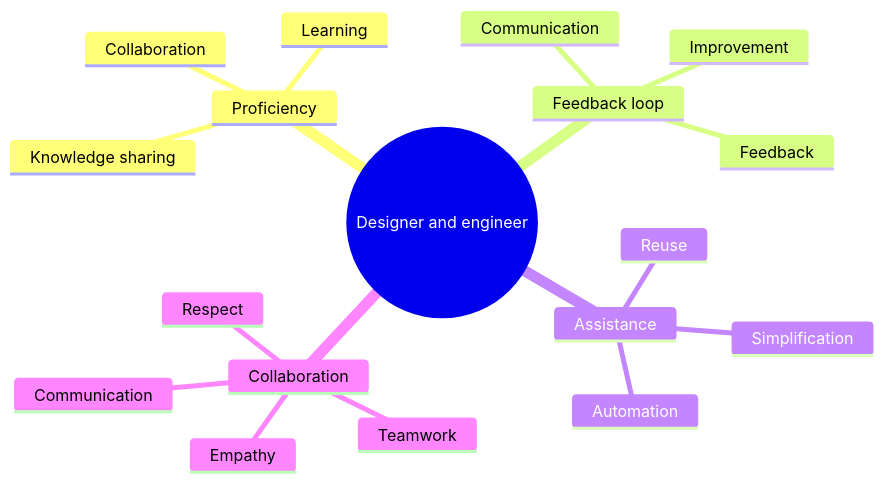
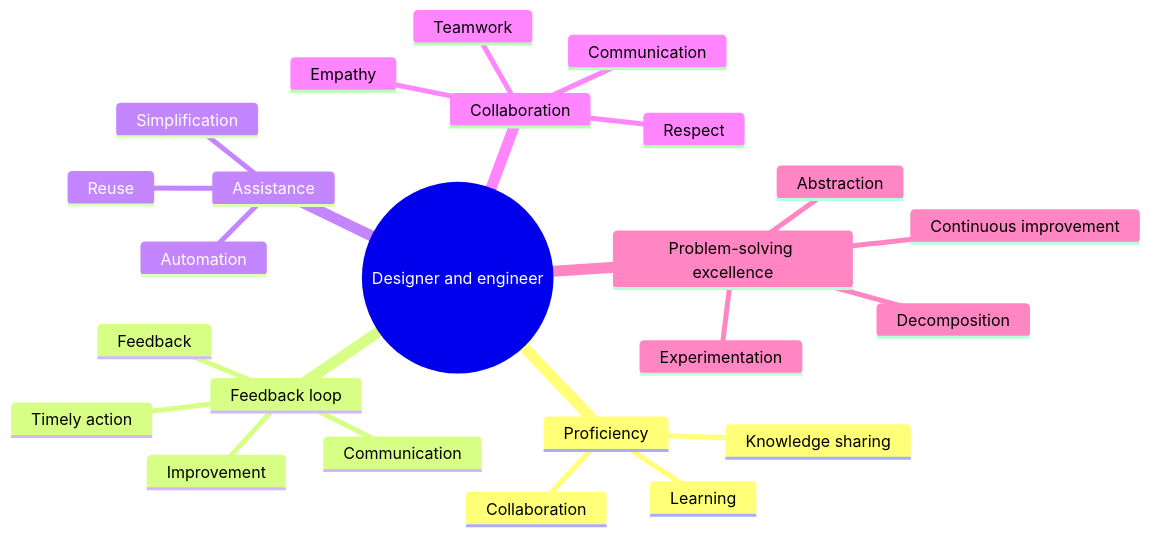
One commit to flarebyte/overview changed the first of 2 diagrams in PRINCIPLES.md. Above: the diagram before and after it, drawn with Mermaid. The commit also changed other lines of this file and 20 other files, not shown here.

````diff
--- a/PRINCIPLES.md
+++ b/PRINCIPLES.md
@@ -13,21 +13,27 @@
 ```mermaid
 mindmap
   root((Designer and engineer))
     Proficiency
         Collaboration
         Knowledge sharing
         Learning
     Feedback loop
         Communication
         Feedback
         Improvement
+        Timely action
     Assistance
         Automation
         Simplification
         Reuse
     Collaboration
        Teamwork
        Communication
        Respect
        Empathy
+    Problem-solving excellence
+       Decomposition
+       Abstraction
+       Experimentation
+       Continuous improvement
 ```
````
